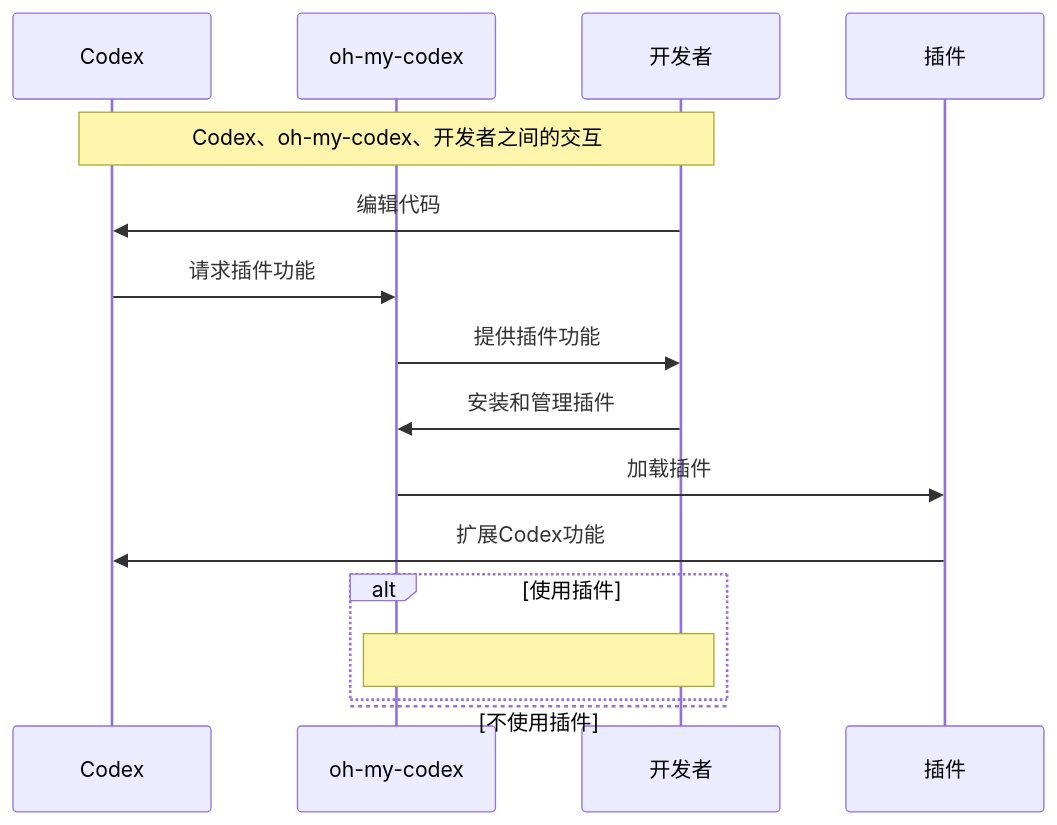
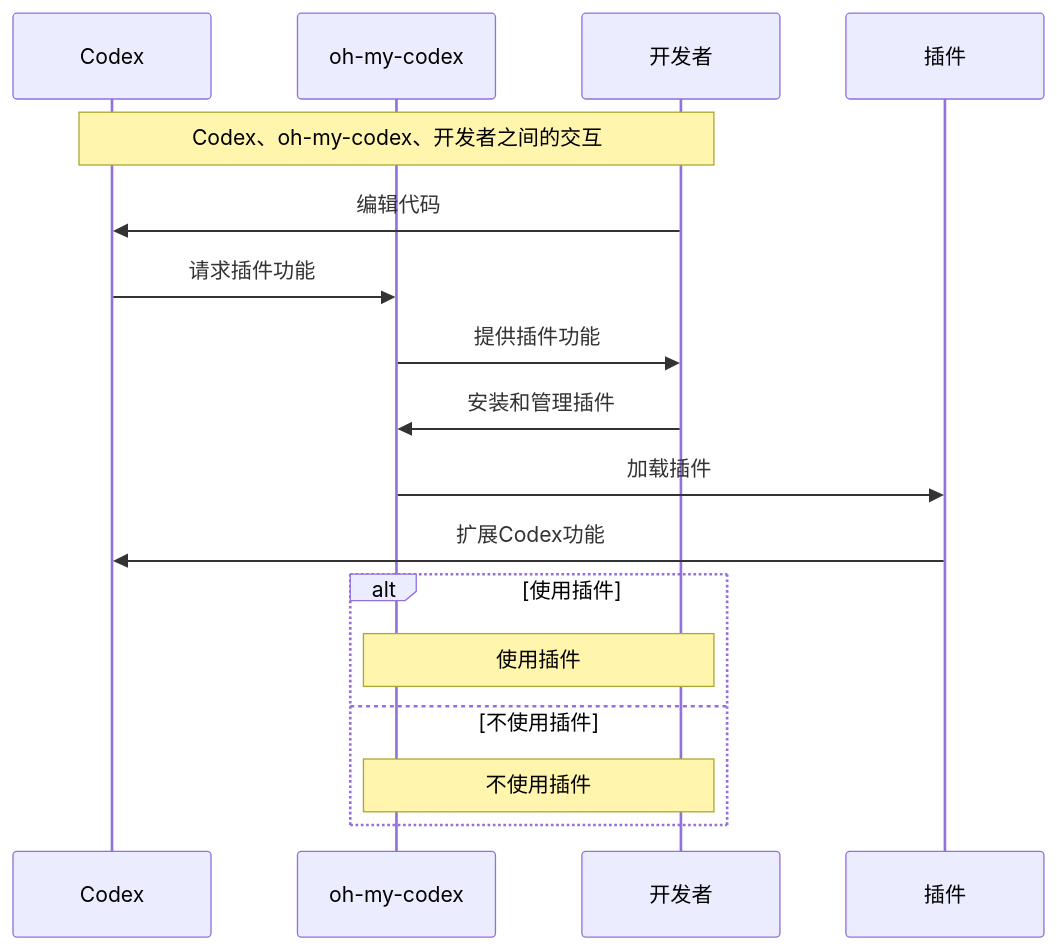
The diagram in src/content/posts/tech/2026-04-26-github110github.md (a920604a/engineernews), drawn with Mermaid before and after one commit. The commit also changed 1 other file, not shown here.

Commit message:
fix: auto-fix mermaid syntax errors in posts

````diff
--- a/src/content/posts/tech/2026-04-26-github110github.md
+++ b/src/content/posts/tech/2026-04-26-github110github.md
@@ -29,18 +29,19 @@
 ```mermaid
 sequenceDiagram
     participant C as Codex
     participant P as oh-my-codex
     participant D as 开发者
     participant A as 插件
     Note over C,D: Codex、oh-my-codex、开发者之间的交互
     D->>C: 编辑代码
     C->>P: 请求插件功能
     P->>D: 提供插件功能
     D->>P: 安装和管理插件
     P->>A: 加载插件
     A->>C: 扩展Codex功能
     alt 使用插件
-        Note over D,P: 
+        Note over D,P: 使用插件
     else 不使用插件
+        Note over D,P: 不使用插件
     end
 ```
````
